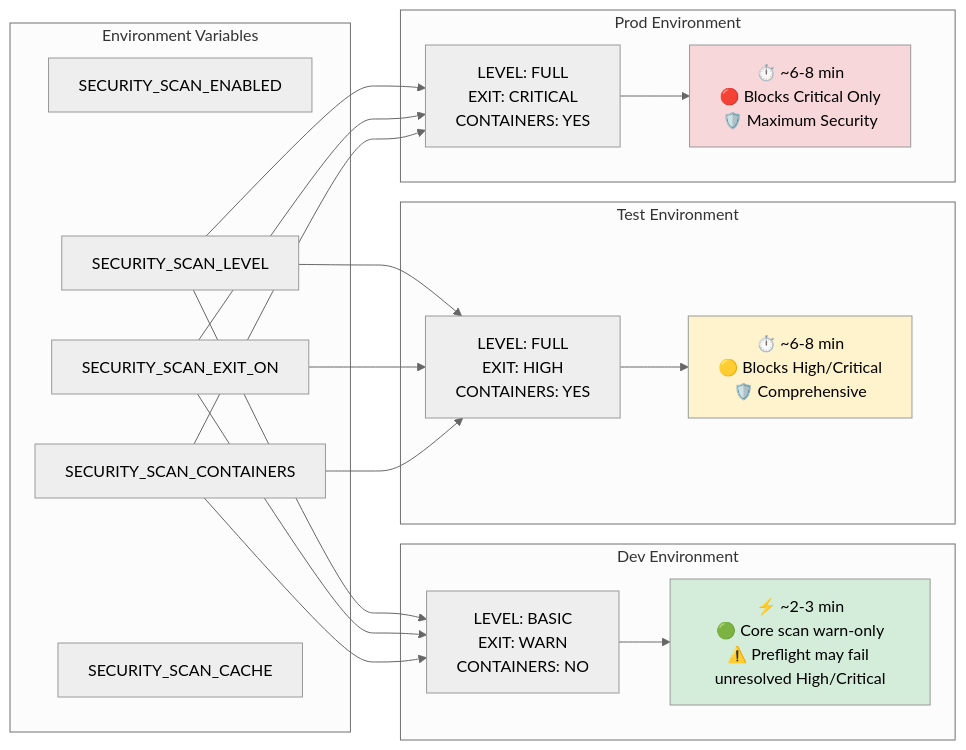
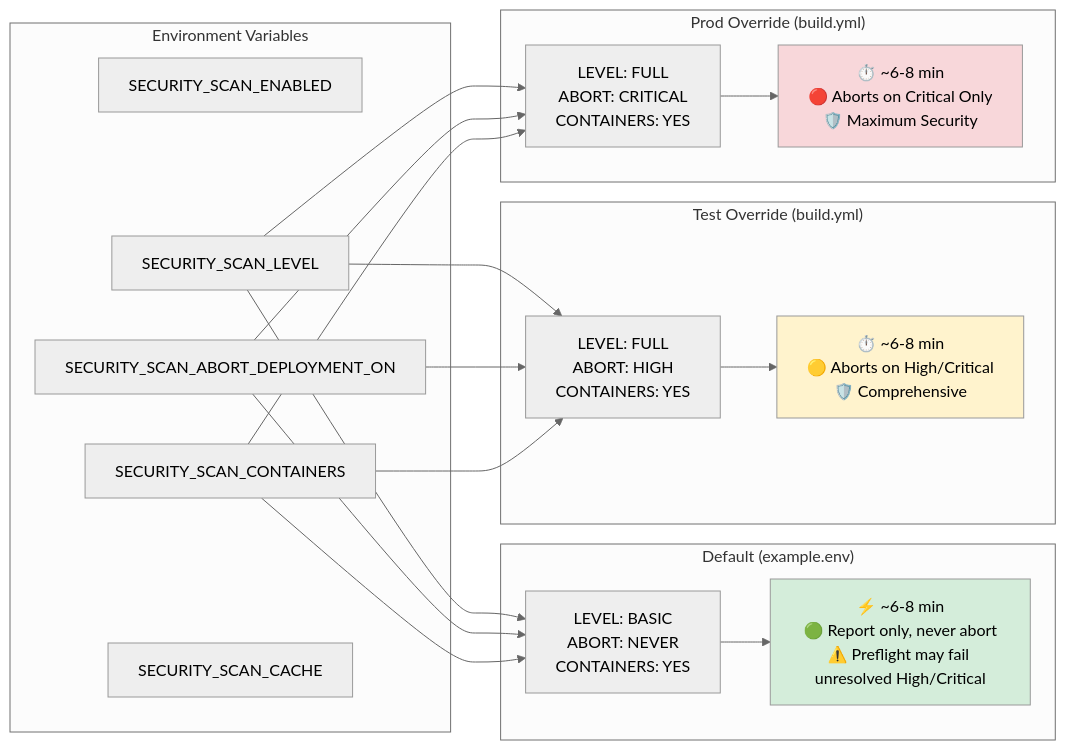
One commit to bcgov/moodle-nginx changed the second of 5 diagrams in .docs/diagrams/security-scanning-flow.md. Above: the diagram before and after it, drawn with Mermaid (neutral theme). The commit also changed 12 other files, not shown here.

First line of the commit message:
refactor: SECURITY_SCAN_EXIT_ON → SECURITY_SCAN_ABORT_DEPLOYMENT_ON

````diff
--- a/.docs/diagrams/security-scanning-flow.md
+++ b/.docs/diagrams/security-scanning-flow.md
@@ -100,45 +100,45 @@
 ```mermaid
 graph LR
     subgraph Environment Variables
         ENABLED[SECURITY_SCAN_ENABLED]
         LEVEL[SECURITY_SCAN_LEVEL]
-        EXIT[SECURITY_SCAN_EXIT_ON]
+        ABORT[SECURITY_SCAN_ABORT_DEPLOYMENT_ON]
         CONTAINERS[SECURITY_SCAN_CONTAINERS]
         CACHE[SECURITY_SCAN_CACHE]
     end
 
-    subgraph "Dev Environment"
-        DevConfig["LEVEL: BASIC<br/>EXIT: WARN<br/>CONTAINERS: NO"]
-        DevResult["⚡ ~2-3 min<br/>🟢 Core scan warn-only<br/>⚠️ Preflight may fail unresolved High/Critical"]
+    subgraph "Default (example.env)"
+        DefaultConfig["LEVEL: BASIC<br/>ABORT: NEVER<br/>CONTAINERS: YES"]
+        DefaultResult["⚡ ~6-8 min<br/>🟢 Report only, never abort<br/>⚠️ Preflight may fail unresolved High/Critical"]
     end
 
-    subgraph "Test Environment"
-        TestConfig["LEVEL: FULL<br/>EXIT: HIGH<br/>CONTAINERS: YES"]
-        TestResult["⏱️ ~6-8 min<br/>🟡 Blocks High/Critical<br/>🛡️ Comprehensive"]
+    subgraph "Test Override (build.yml)"
+        TestConfig["LEVEL: FULL<br/>ABORT: HIGH<br/>CONTAINERS: YES"]
+        TestResult["⏱️ ~6-8 min<br/>🟡 Aborts on High/Critical<br/>🛡️ Comprehensive"]
     end
 
-    subgraph "Prod Environment"
-        ProdConfig["LEVEL: FULL<br/>EXIT: CRITICAL<br/>CONTAINERS: YES"]
-        ProdResult["⏱️ ~6-8 min<br/>🔴 Blocks Critical Only<br/>🛡️ Maximum Security"]
+    subgraph "Prod Override (build.yml)"
+        ProdConfig["LEVEL: FULL<br/>ABORT: CRITICAL<br/>CONTAINERS: YES"]
+        ProdResult["⏱️ ~6-8 min<br/>🔴 Aborts on Critical Only<br/>🛡️ Maximum Security"]
     end
 
-    LEVEL --> DevConfig
-    EXIT --> DevConfig
-    CONTAINERS --> DevConfig
+    LEVEL --> DefaultConfig
+    ABORT --> DefaultConfig
+    CONTAINERS --> DefaultConfig
 
     LEVEL --> TestConfig
-    EXIT --> TestConfig
+    ABORT --> TestConfig
     CONTAINERS --> TestConfig
 
     LEVEL --> ProdConfig
-    EXIT --> ProdConfig
+    ABORT --> ProdConfig
     CONTAINERS --> ProdConfig
 
-    DevConfig --> DevResult
+    DefaultConfig --> DefaultResult
     TestConfig --> TestResult
     ProdConfig --> ProdResult
 
-    style DevResult fill:#d4edda
+    style DefaultResult fill:#d4edda
     style TestResult fill:#fff3cd
     style ProdResult fill:#f8d7da
 ```
````
